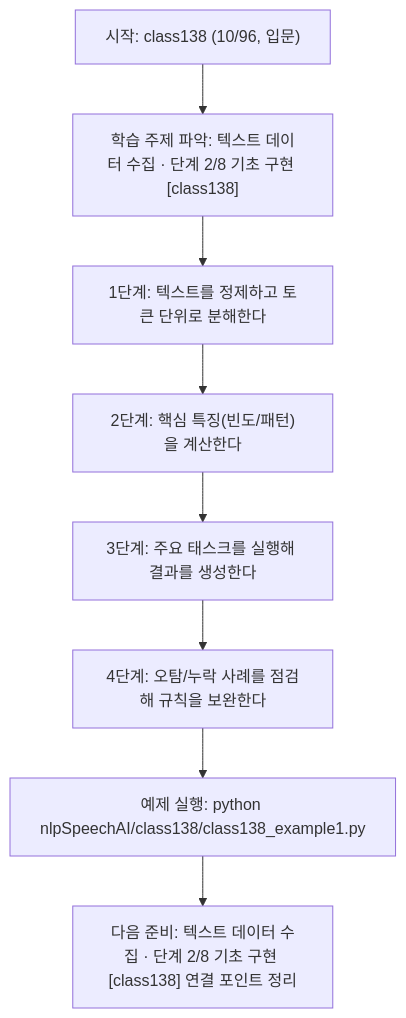
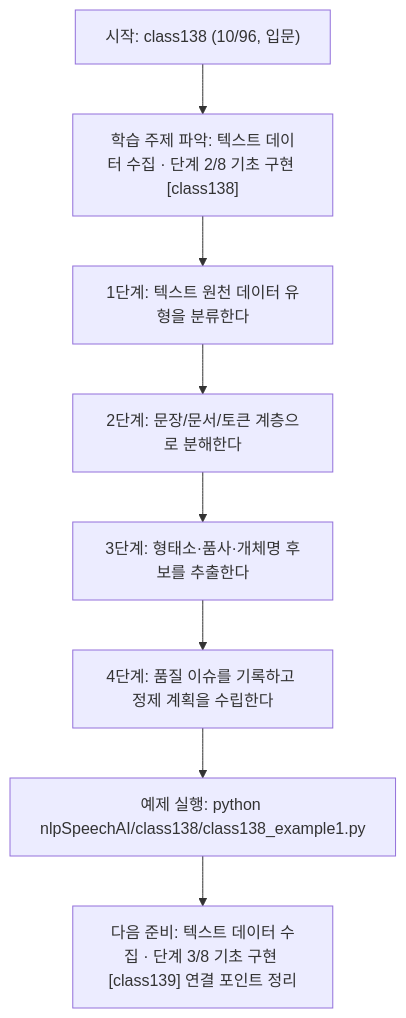
One commit to edumgt/Python-AI_Agent-Class changed the diagram in nlpSpeechAI/class138/class138.md. Above: the diagram before and after it, drawn with Mermaid. The commit also changed other lines of this file and 1122 other files, not shown here.

````diff
--- a/nlpSpeechAI/class138/class138.md
+++ b/nlpSpeechAI/class138/class138.md
@@ -114,18 +95,18 @@
 ```mermaid
 flowchart TD
 N1["시작: class138 (10/96, 입문)"]
 N2["학습 주제 파악: 텍스트 데이터 수집 · 단계 2/8 기초 구현 [class138]"]
-N3["1단계: 텍스트를 정제하고 토큰 단위로 분해한다"]
-N4["2단계: 핵심 특징(빈도/패턴)을 계산한다"]
-N5["3단계: 주요 태스크를 실행해 결과를 생성한다"]
-N6["4단계: 오탐/누락 사례를 점검해 규칙을 보완한다"]
+N3["1단계: 텍스트 원천 데이터 유형을 분류한다"]
+N4["2단계: 문장/문서/토큰 계층으로 분해한다"]
+N5["3단계: 형태소·품사·개체명 후보를 추출한다"]
+N6["4단계: 품질 이슈를 기록하고 정제 계획을 수립한다"]
 N7["예제 실행: python nlpSpeechAI/class138/class138_example1.py"]
-N8["다음 준비: 텍스트 데이터 수집 · 단계 2/8 기초 구현 [class138] 연결 포인트 정리"]
+N8["다음 준비: 텍스트 데이터 수집 · 단계 3/8 기초 구현 [class139] 연결 포인트 정리"]
 N1 --> N2
 N2 --> N3
 N3 --> N4
 N4 --> N5
 N5 --> N6
 N6 --> N7
 N7 --> N8
 ```
````
